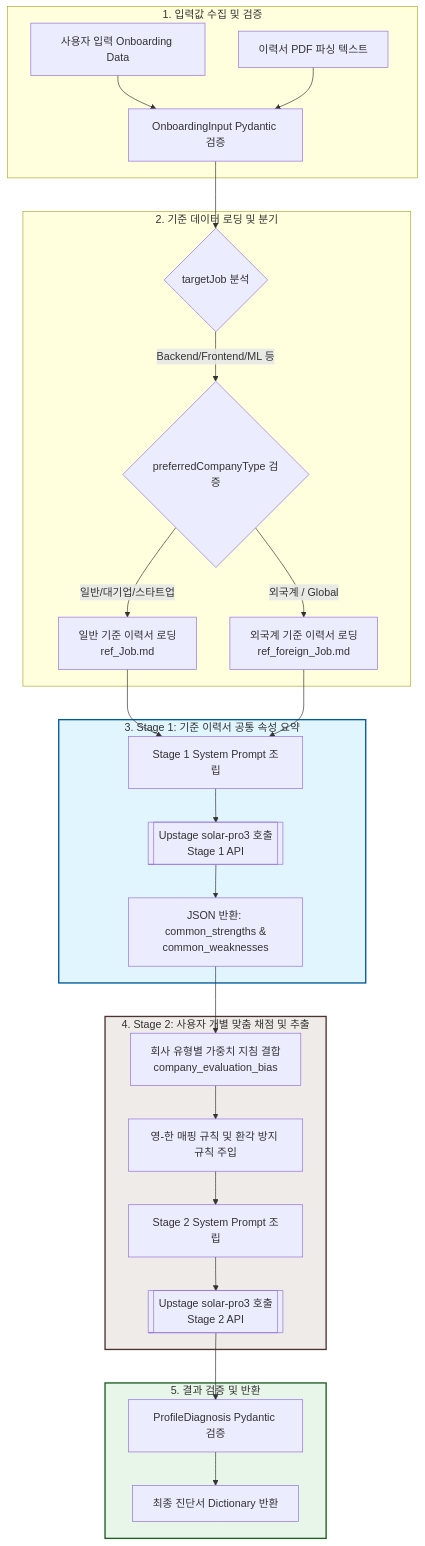
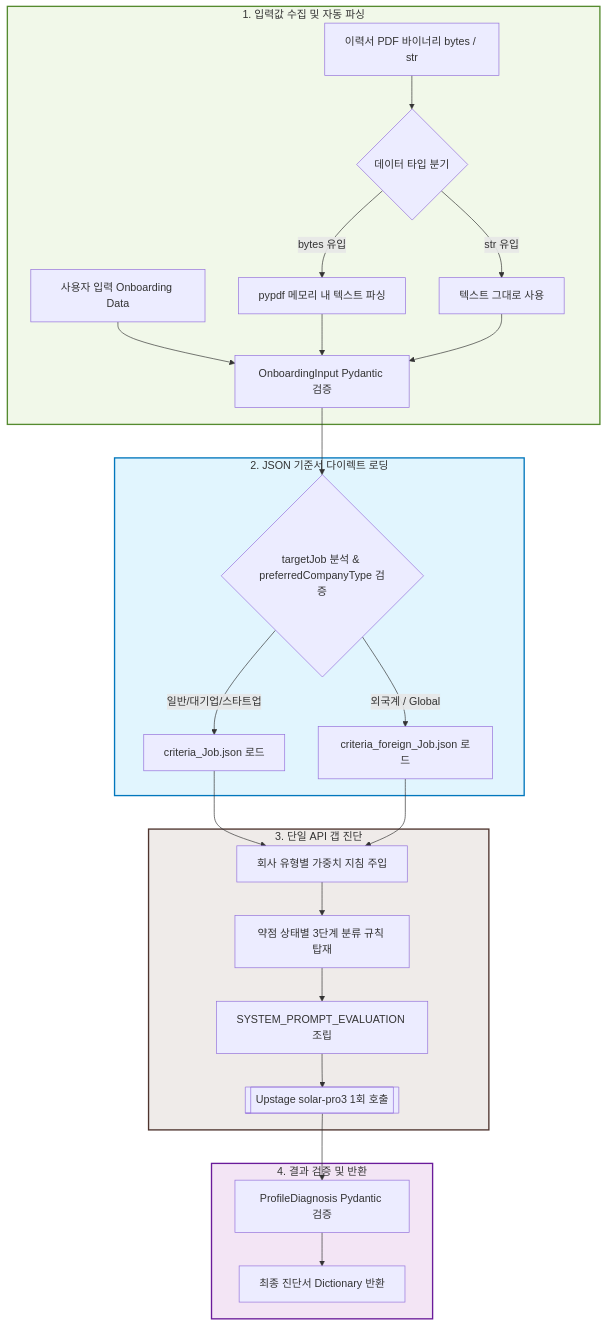
One commit to KimDwDev/swmaestro-team07-ai-study changed the diagram in backend/agents/ProfileDiagnosisAgent/ProfileDiagnosisAgent.md. Above: the diagram before and after it, drawn with Mermaid. The commit also changed other lines of this file, not shown here.

Commit message:
docs : ProfileDiagnosisAgent.md 파일 수정

````diff
--- a/backend/agents/ProfileDiagnosisAgent/ProfileDiagnosisAgent.md
+++ b/backend/agents/ProfileDiagnosisAgent/ProfileDiagnosisAgent.md
@@ -75,37 +75,33 @@
 ```mermaid
 flowchart TD
-    subgraph Input_Stage [1. 입력값 수집 및 검증]
+    subgraph Input_Stage [1. 입력값 수집 및 자동 파싱]
         A[사용자 입력 Onboarding Data] --> C[OnboardingInput Pydantic 검증]
-        B[이력서 PDF 파싱 텍스트] --> C
+        B[이력서 PDF 바이너리 bytes / str] --> D{데이터 타입 분기}
+        D -->|bytes 유입| E[pypdf 메모리 내 텍스트 파싱]
+        D -->|str 유입| F[텍스트 그대로 사용]
+        E & F --> C
     end
 
-    subgraph Router_Stage [2. 기준 데이터 로딩 및 분기]
-        C --> D{targetJob 분석}
-        D -->|Backend/Frontend/ML 등| E{preferredCompanyType 검증}
-        
-        E -->|일반/대기업/스타트업| F[일반 기준 이력서 로딩 <br> ref_Job.md]
-        E -->|외국계 / Global| G[외국계 기준 이력서 로딩 <br> ref_foreign_Job.md]
+    subgraph Loader_Stage [2. JSON 기준서 다이렉트 로딩]
+        C --> G{targetJob 분석 & preferredCompanyType 검증}
+        G -->|일반/대기업/스타트업| H[ criteria_Job.json 로드 ]
+        G -->|외국계 / Global| I[ criteria_foreign_Job.json 로드 ]
     end
 
-    subgraph Stage1_API [3. Stage 1: 기준 이력서 공통 속성 요약]
-        F & G --> H[Stage 1 System Prompt 조립]
-        H --> I[[Upstage solar-pro3 호출 <br> Stage 1 API]]
-        I --> J[JSON 반환: <br> common_strengths & common_weaknesses]
+    subgraph LLM_Stage [3. 단일 API 갭 진단]
+        H & I --> J[회사 유형별 가중치 지침 주입]
+        J --> K[약점 상태별 3단계 분류 규칙 탑재]
+        K --> L[SYSTEM_PROMPT_EVALUATION 조립]
+        L --> M[[Upstage solar-pro3 1회 호출]]
     end
 
-    subgraph Stage2_API [4. Stage 2: 사용자 개별 맞춤 채점 및 추출]
-        J --> K[회사 유형별 가중치 지침 결합 <br> company_evaluation_bias]
-        K --> L[영-한 매핑 규칙 및 환각 방지 규칙 주입]
-        L --> M[Stage 2 System Prompt 조립]
-        M --> N[[Upstage solar-pro3 호출 <br> Stage 2 API]]
+    subgraph Output_Stage [4. 결과 검증 및 반환]
+        M --> N[ProfileDiagnosis Pydantic 검증]
+        N --> O[최종 진단서 Dictionary 반환]
     end
 
-    subgraph Output_Stage [5. 결과 검증 및 반환]
-        N --> O[ProfileDiagnosis Pydantic 검증]
-        O --> P[최종 진단서 Dictionary 반환]
-    end
-
-    style Stage1_API fill:#e1f5fe,stroke:#01579b,stroke-width:2px
-    style Stage2_API fill:#efebe9,stroke:#4e342e,stroke-width:2px
-    style Output_Stage fill:#e8f5e9,stroke:#1b5e20,stroke-width:2px
+    style Input_Stage fill:#f1f8e9,stroke:#558b2f,stroke-width:2px
+    style Loader_Stage fill:#e1f5fe,stroke:#0277bd,stroke-width:2px
+    style LLM_Stage fill:#efebe9,stroke:#4e342e,stroke-width:2px
+    style Output_Stage fill:#f3e5f5,stroke:#6a1b9a,stroke-width:2px
 ```
````
